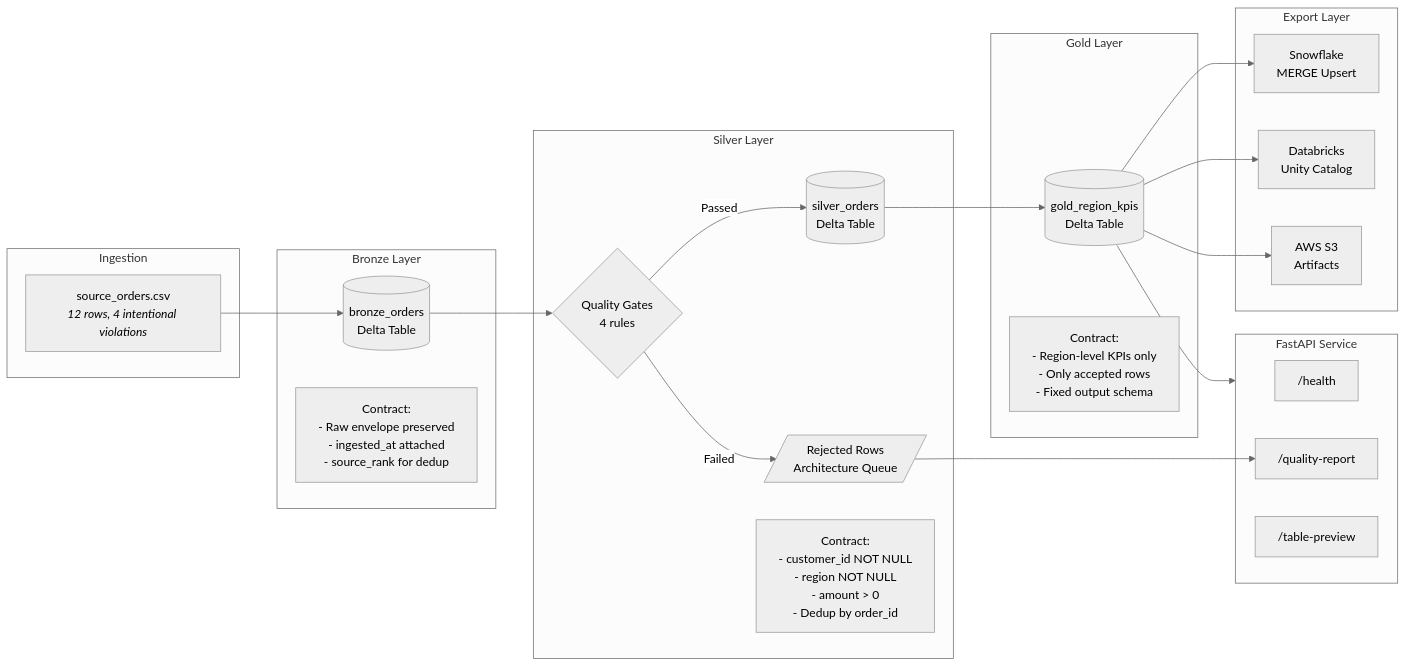
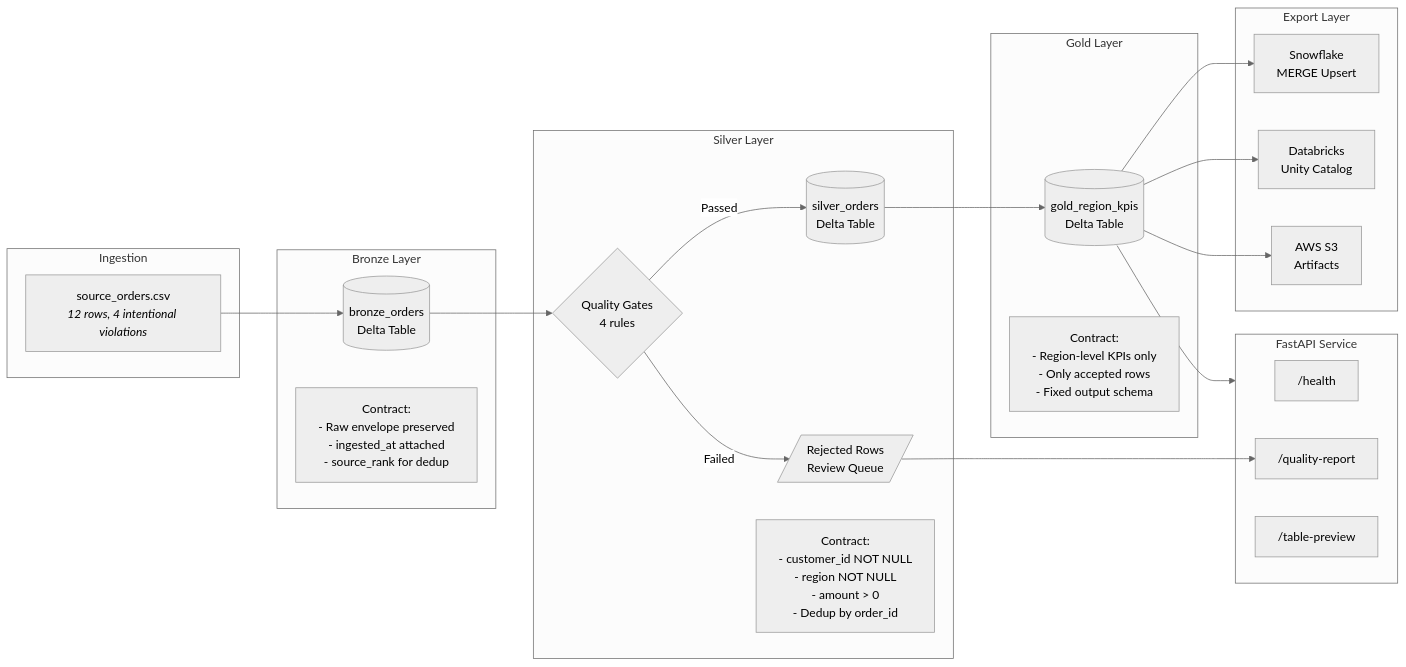
The diagram in README.md (KIM3310/lakehouse-contract-lab), drawn with Mermaid (neutral theme) before and after one commit. The commit also changed other lines of this file and 25 other files, not shown here.

Commit message:
feat: harden model endpoint and architecture

````diff
--- a/README.md
+++ b/README.md
@@ -48,46 +48,46 @@
 ```mermaid
 flowchart LR
     subgraph Ingestion
         CSV["source_orders.csv<br/><i>12 rows, 4 intentional violations</i>"]
     end
 
     subgraph Bronze["Bronze Layer"]
         B_TABLE[("bronze_orders<br/>Delta Table")]
         B_CONTRACT["Contract:<br/>- Raw envelope preserved<br/>- ingested_at attached<br/>- source_rank for dedup"]
     end
 
     subgraph Silver["Silver Layer"]
         GATES{"Quality Gates<br/>4 rules"}
         S_TABLE[("silver_orders<br/>Delta Table")]
-        REJECTED[/"Rejected Rows<br/>Architecture Queue"/]
+        REJECTED[/"Rejected Rows<br/>Review Queue"/]
         S_CONTRACT["Contract:<br/>- customer_id NOT NULL<br/>- region NOT NULL<br/>- amount > 0<br/>- Dedup by order_id"]
     end
 
     subgraph Gold["Gold Layer"]
         G_TABLE[("gold_region_kpis<br/>Delta Table")]
         G_CONTRACT["Contract:<br/>- Region-level KPIs only<br/>- Only accepted rows<br/>- Fixed output schema"]
     end
 
     subgraph Export["Export Layer"]
         SF["Snowflake<br/>MERGE Upsert"]
         DB["Databricks<br/>Unity Catalog"]
         S3["AWS S3<br/>Artifacts"]
     end
 
     subgraph API["FastAPI Service"]
         HEALTH["/health"]
         QR["/quality-report"]
         PREVIEW["/table-preview"]
     end
 
     CSV --> B_TABLE
     B_TABLE --> GATES
     GATES -->|"Passed"| S_TABLE
     GATES -->|"Failed"| REJECTED
     S_TABLE --> G_TABLE
     G_TABLE --> SF
     G_TABLE --> DB
     G_TABLE --> S3
     G_TABLE --> API
     REJECTED --> QR
 ```
````
